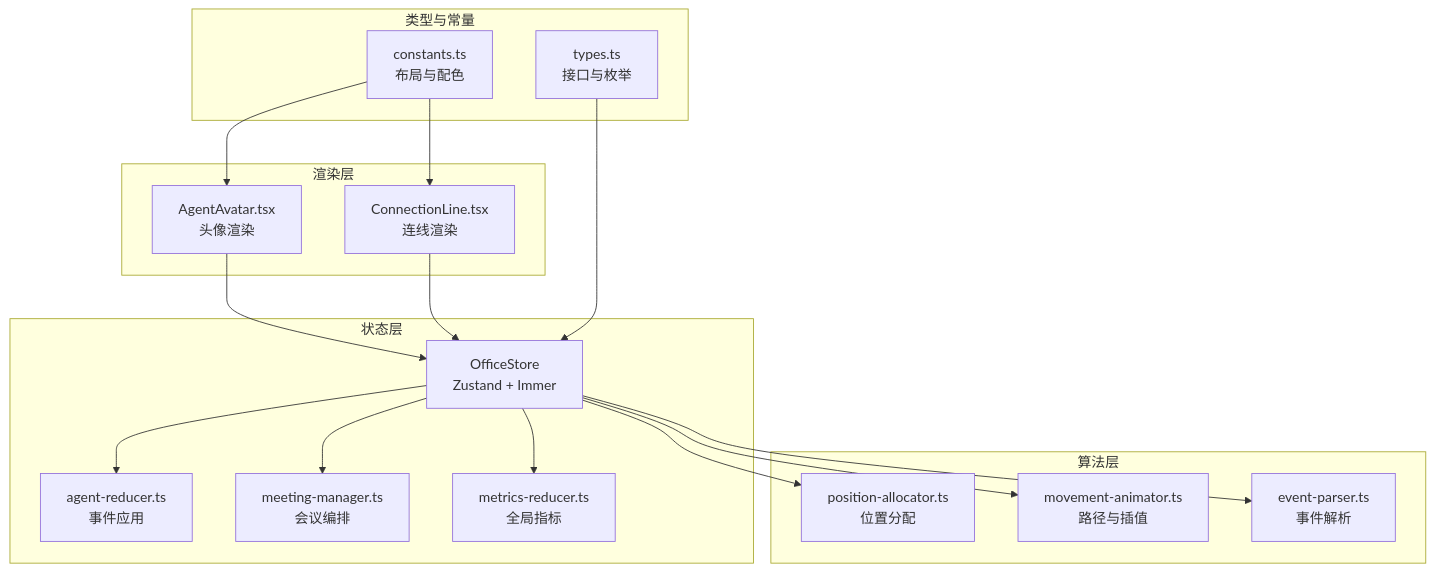
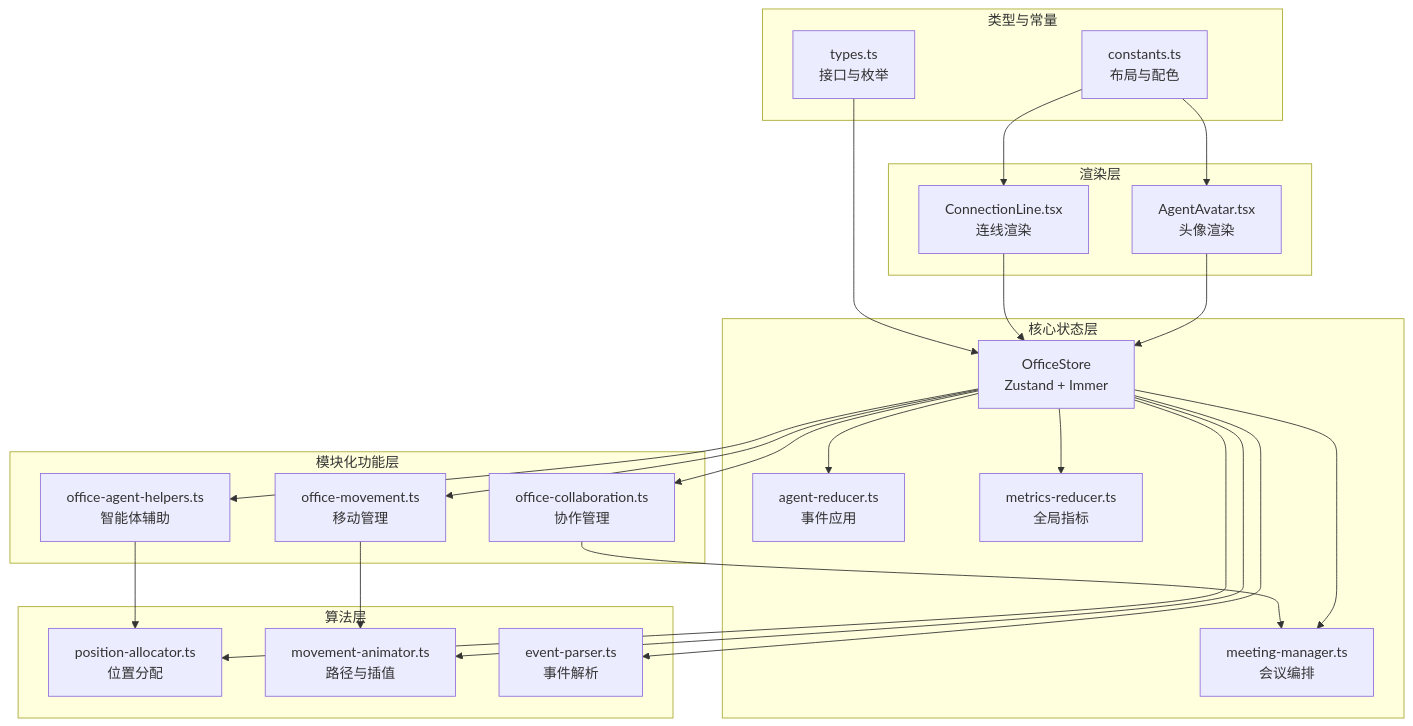
The first of 8 diagrams in .qoder/repowiki/zh/content/状态管理系统/Office Store 核心设计.md (WW-AI-Lab/openclaw-office), drawn with Mermaid before and after one commit. The commit also changed other lines of this file and 27 other files, not shown here.

````diff
--- a/.qoder/repowiki/zh/content/状态管理系统/Office Store 核心设计.md
+++ b/.qoder/repowiki/zh/content/状态管理系统/Office Store 核心设计.md
@@ -47,33 +52,44 @@
 ```mermaid
 graph TB
-subgraph "状态层"
+subgraph "核心状态层"
 OS["OfficeStore<br/>Zustand + Immer"]
 AR["agent-reducer.ts<br/>事件应用"]
 MM["meeting-manager.ts<br/>会议编排"]
 MR["metrics-reducer.ts<br/>全局指标"]
+end
+subgraph "模块化功能层"
+OAH["office-agent-helpers.ts<br/>智能体辅助"]
+OM["office-movement.ts<br/>移动管理"]
+OC["office-collaboration.ts<br/>协作管理"]
 end
 subgraph "算法层"
 PA["position-allocator.ts<br/>位置分配"]
 MA["movement-animator.ts<br/>路径与插值"]
 EP["event-parser.ts<br/>事件解析"]
 end
 subgraph "渲染层"
 AA["AgentAvatar.tsx<br/>头像渲染"]
 CL["ConnectionLine.tsx<br/>连线渲染"]
 end
 subgraph "类型与常量"
 T["types.ts<br/>接口与枚举"]
 C["constants.ts<br/>布局与配色"]
 end
 OS --> AR
 OS --> MM
 OS --> MR
+OS --> OAH
+OS --> OM
+OS --> OC
 OS --> PA
 OS --> MA
 OS --> EP
 AA --> OS
 CL --> OS
 T --> OS
 C --> AA
 C --> CL
+OAH --> PA
+OM --> MA
+OC --> MM
 ```
````
